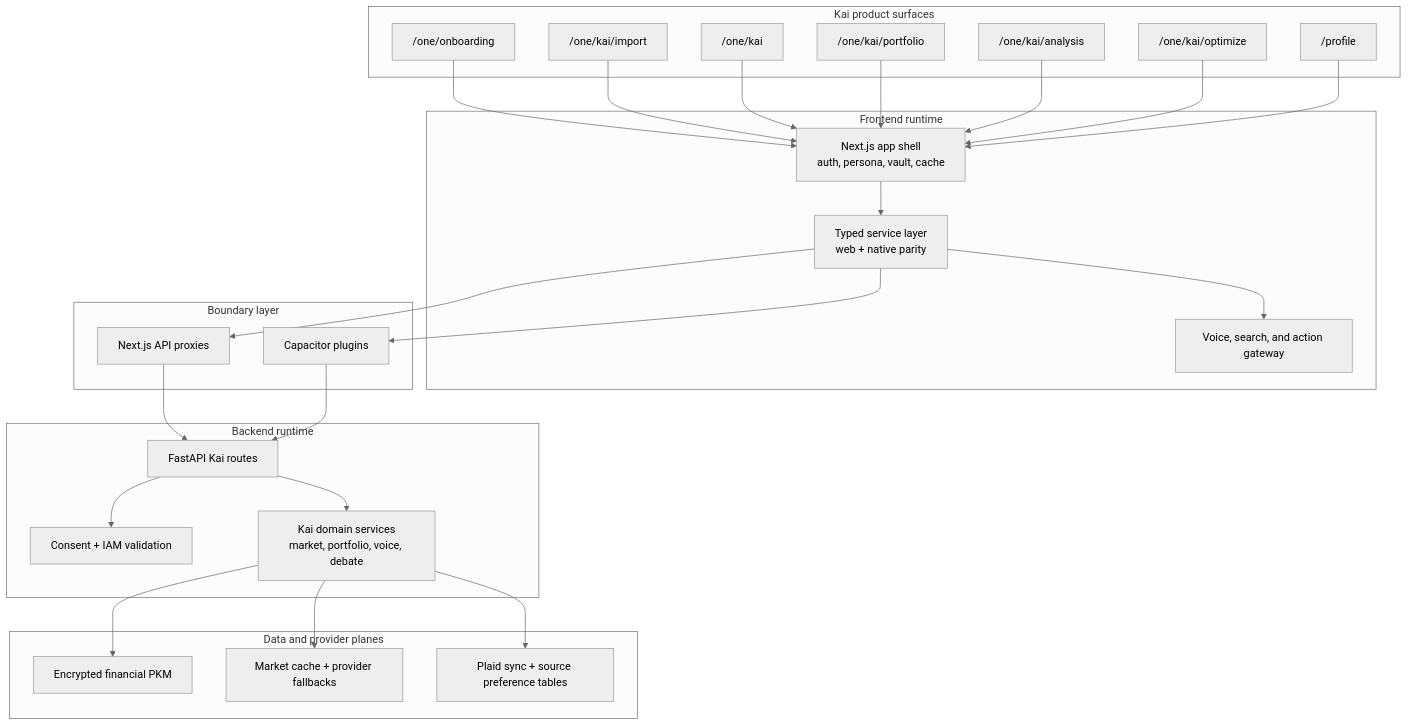
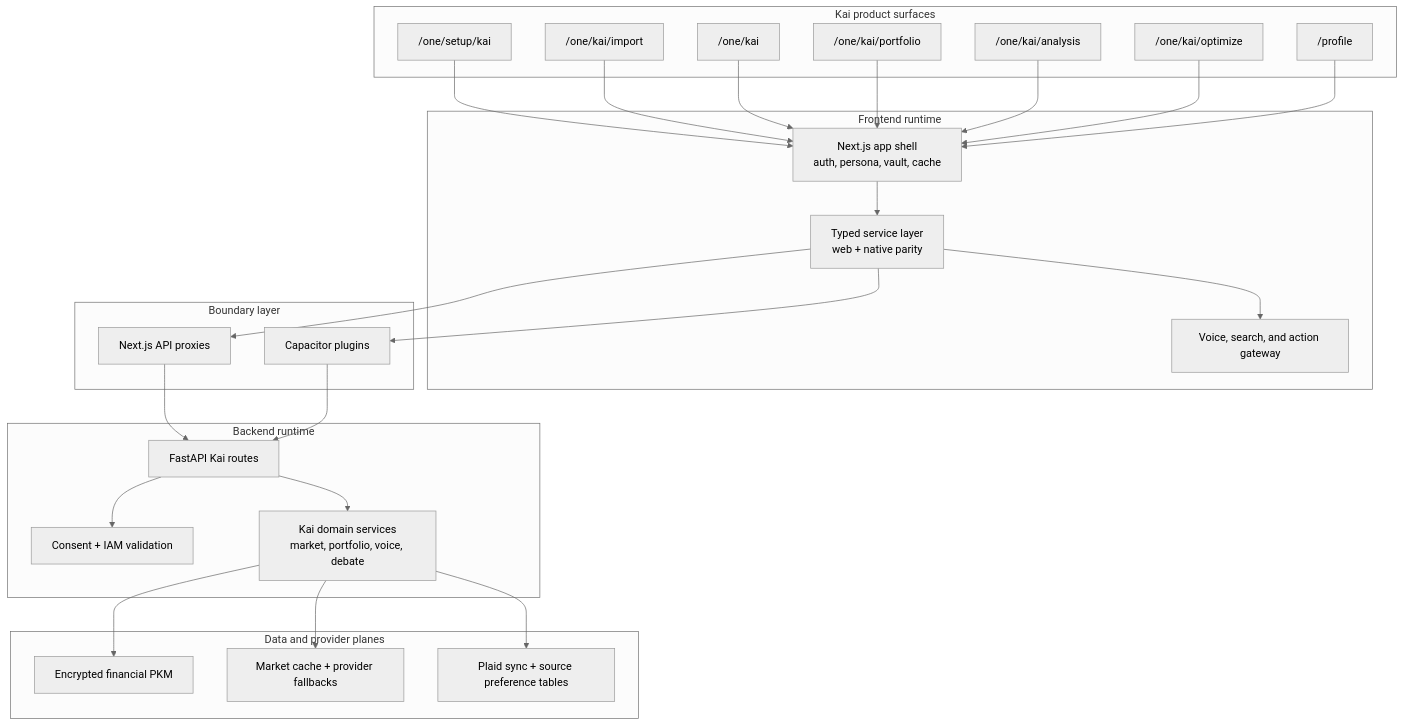
The diagram in docs/reference/kai/kai-architecture-specification-v1.md (KARTHI-77/hushh-research), drawn with Mermaid (neutral theme) before and after one commit. The commit also changed other lines of this file and 19 other files, not shown here.

````diff
--- a/docs/reference/kai/kai-architecture-specification-v1.md
+++ b/docs/reference/kai/kai-architecture-specification-v1.md
@@ -7,53 +7,53 @@
 ```mermaid
 flowchart TB
   subgraph surfaces["Kai product surfaces"]
-    onboarding["/one/onboarding"]
+    onboarding["/one/setup/kai"]
     import["/one/kai/import"]
     home["/one/kai"]
     portfolio["/one/kai/portfolio"]
     analysis["/one/kai/analysis"]
     optimize["/one/kai/optimize"]
     profile["/profile"]
   end
 
   subgraph frontend["Frontend runtime"]
     shell["Next.js app shell<br/>auth, persona, vault, cache"]
     services["Typed service layer<br/>web + native parity"]
     action["Voice, search, and action gateway"]
   end
 
   subgraph boundary["Boundary layer"]
     next["Next.js API proxies"]
     native["Capacitor plugins"]
   end
 
   subgraph backend["Backend runtime"]
     routes["FastAPI Kai routes"]
     policy["Consent + IAM validation"]
     domain["Kai domain services<br/>market, portfolio, voice, debate"]
   end
 
   subgraph data["Data and provider planes"]
     pkm["Encrypted financial PKM"]
     cache["Market cache + provider fallbacks"]
     plaid["Plaid sync + source preference tables"]
   end
 
   onboarding --> shell
   import --> shell
   home --> shell
   portfolio --> shell
   analysis --> shell
   optimize --> shell
   profile --> shell
   shell --> services --> action
   services --> next
   services --> native
   next --> routes
   native --> routes
   routes --> policy
   routes --> domain
   domain --> pkm
   domain --> cache
   domain --> plaid
 ```
````
